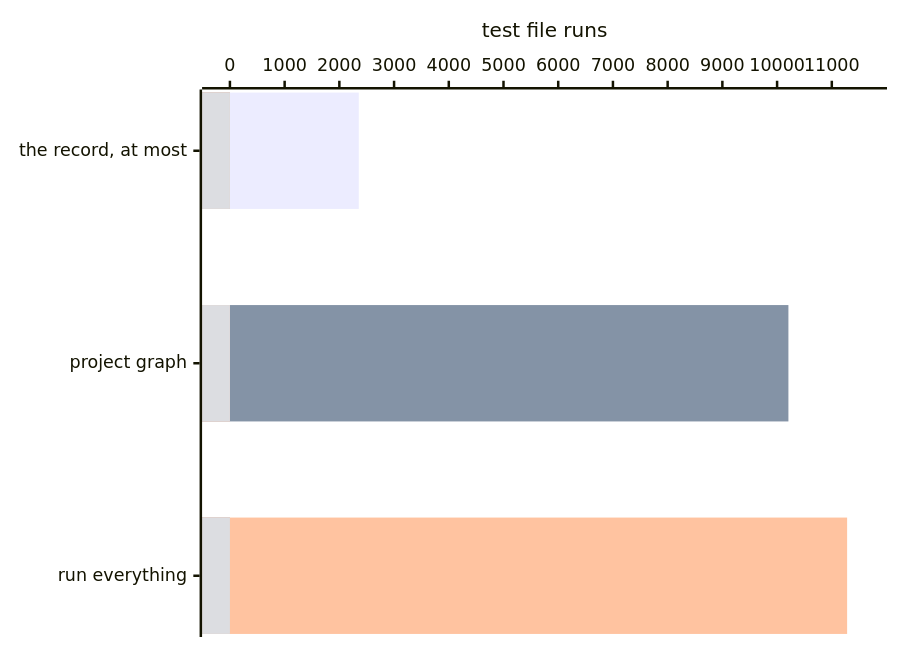
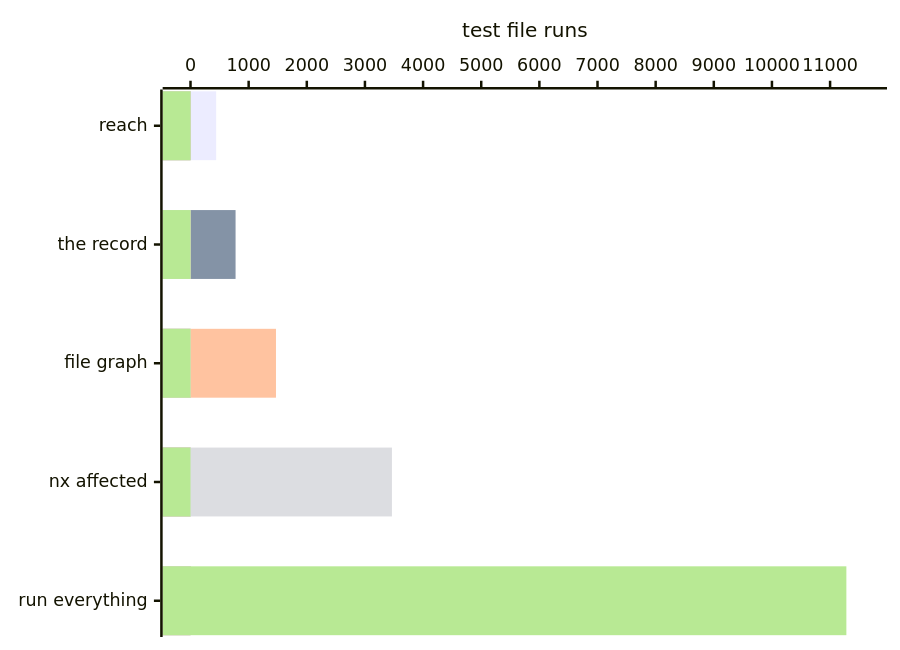
Before and after one commit to Variance-Authority/variance-authority: the second of 2 diagrams in docs/selection-tanstack-query.md, drawn with Mermaid. The commit also changed other lines of this file and 5 other files, not shown here.

````diff
--- a/docs/selection-tanstack-query.md
+++ b/docs/selection-tanstack-query.md
@@ -107,10 +111,11 @@
 ```mermaid
 xychart-beta horizontal
   accTitle: Test file runs selected over sixty TanStack Query commits
-  x-axis ["the record, at most", "project graph", "run everything"]
+  x-axis ["reach", "the record", "file graph", "nx affected", "run everything"]
   y-axis "test file runs" 0 --> 11500
-  bar [2355, 0, 0]
-  bar [0, 10207, 0]
-  bar [0, 0, 11280]
-  bar [0, 0, 0]
+  bar [441, 0, 0, 0, 0]
+  bar [0, 775, 0, 0, 0]
+  bar [0, 0, 1470, 0, 0]
+  bar [0, 0, 0, 3464, 0]
+  bar [0, 0, 0, 0, 11280]
 ```
````
